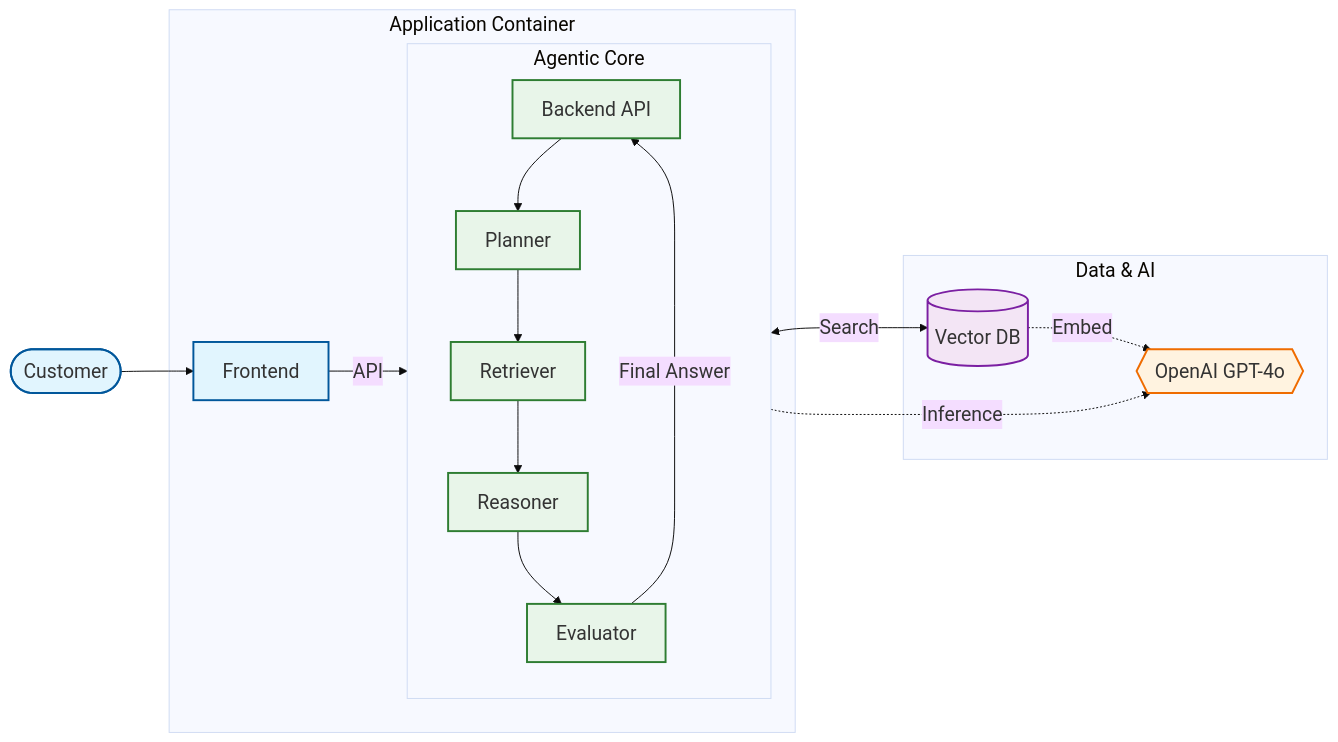
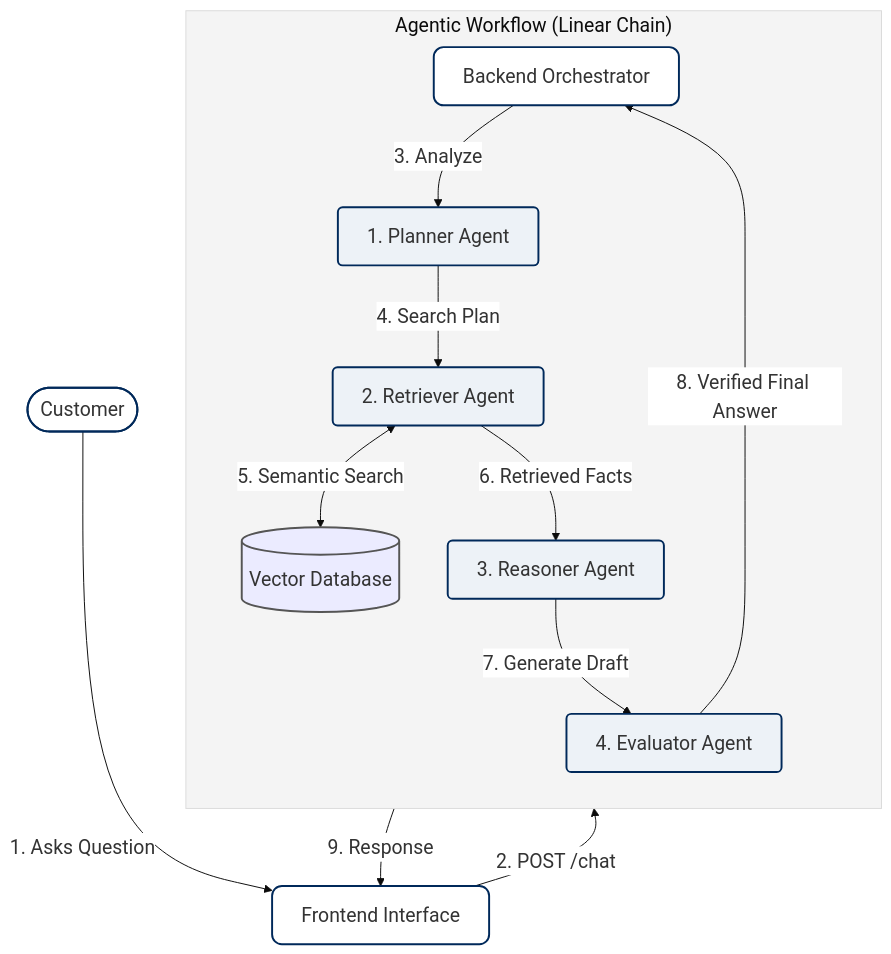
Before and after one commit to tanvitiwari2004/ba-agentic-chatbot: the diagram in system_architecture.md, drawn with Mermaid.

Commit message:
Refactor system architecture diagram for clarity

````diff
--- a/system_architecture.md
+++ b/system_architecture.md
@@ -8,38 +8,27 @@
 ```mermaid
-%%{init: {'theme': 'base', 'themeVariables': { 'fontSize': '20px', 'fontFamily': 'arial'}}}%%
-graph LR
+%%{init: {'theme': 'base', 'themeVariables': { 'fontSize': '20px', 'fontFamily': 'arial', 'primaryColor': '#ffffff', 'edgeLabelBackground':'#ffffff', 'tertiaryColor': '#f4f4f4'}}}%%
+graph TD
     %% Styling
-    classDef client fill:#E1F5FE,stroke:#01579B,stroke-width:2px;
-    classDef logic fill:#E8F5E9,stroke:#2E7D32,stroke-width:2px;
-    classDef memory fill:#F3E5F5,stroke:#7B1FA2,stroke-width:2px;
-    classDef ai fill:#FFF3E0,stroke:#EF6C00,stroke-width:2px;
+    classDef main fill:#fff,stroke:#00295A,stroke-width:2px,rx:10,ry:10;
+    classDef agent fill:#EDF2F7,stroke:#00295A,stroke-width:2px,rx:5,ry:5;
+    classDef db fill:#ebebff,stroke:#555,stroke-width:2px;
 
-    User([Customer]) --> UI[Frontend]
-    
-    subgraph App [Application Container]
-        UI -->|API| BE[Backend API]
-        
-        subgraph Agents [Agentic Core]
-            direction TB
-            BE --> Plan[Planner]
-            Plan --> Ret[Retriever]
-            Ret --> Reas[Reasoner]
-            Reas --> Eval[Evaluator]
-            Eval -->|Final Answer| BE
-        end
+    User([Customer]) -->|1. Asks Question| UI[Frontend Interface]
+    UI -->|2. POST /chat| API[Backend Orchestrator]
+
+    subgraph "Agentic Workflow (Linear Chain)"
+        direction TB
+        API -->|3. Analyze| Plan[1. Planner Agent]
+        Plan -->|4. Search Plan| Ret[2. Retriever Agent]
+        Ret <-->|5. Semantic Search| VDB[(Vector Database)]
+        Ret -->|6. Retrieved Facts| Reas[3. Reasoner Agent]
+        Reas -->|7. Generate Draft| Eval[4. Evaluator Agent]
     end
 
-    subgraph Knowledge [Data & AI]
-        Vec[(Vector DB)]
-        LLM{{OpenAI GPT-4o}}
-        
-        Ret <-->|Search| Vec
-        Vec -.->|Embed| LLM
-        Agents -.->|Inference| LLM
-    end
-
-    class User,UI client;
-    class BE,Plan,Ret,Reas,Eval logic;
-    class Vec,Hist memory;
-    class LLM ai;
+    Eval -->|8. Verified Final Answer| API
+    API -->|9. Response| UI
+    
+    class User,UI,API main;
+    class Plan,Ret,Reas,Eval agent;
+    class VDB db;
 ```
````
